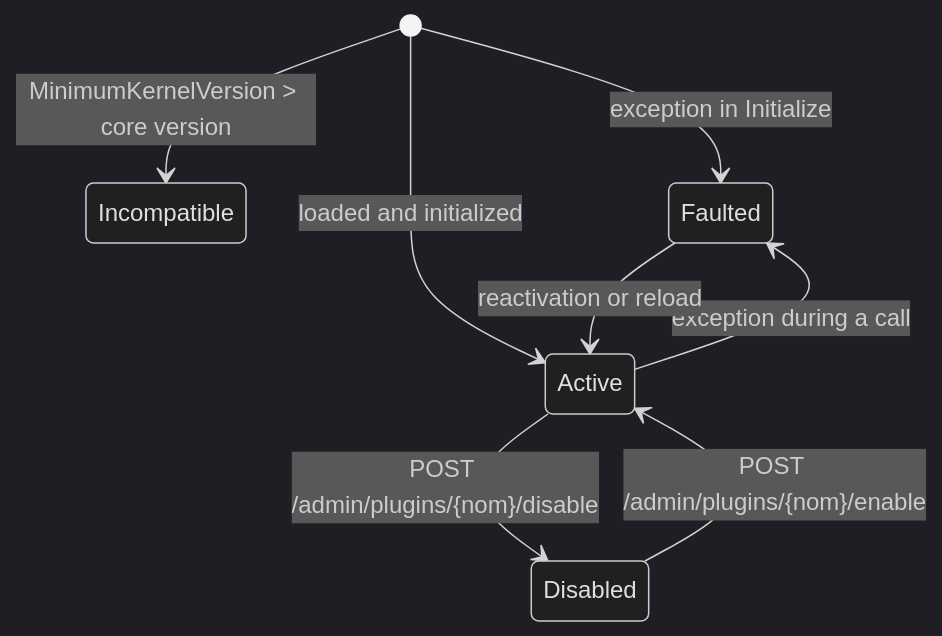
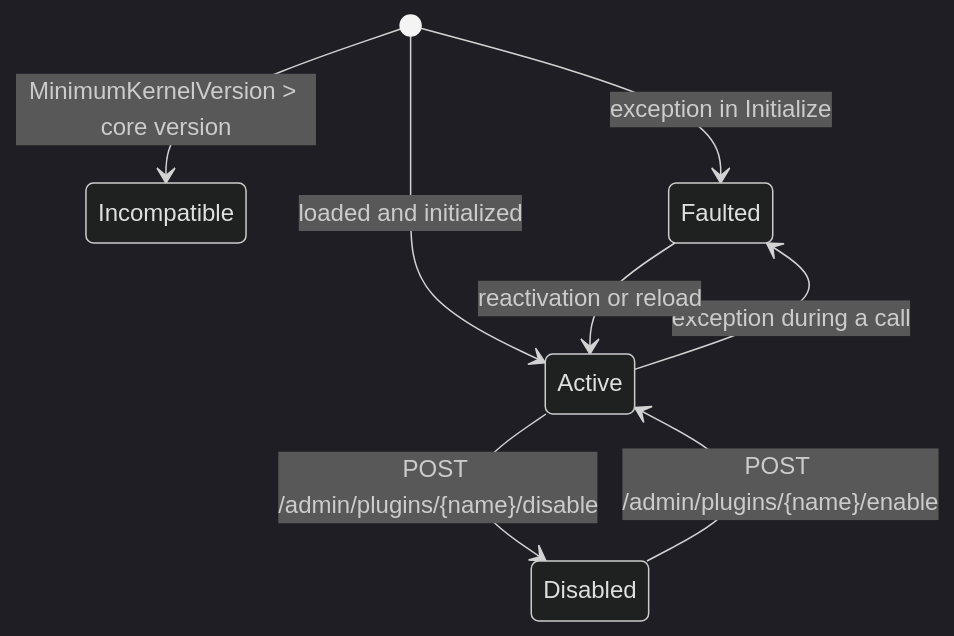
One commit to drangoht/ArchitecturesDemo changed the third of 5 diagrams in Docs/en/13-microkernel.md. Above: the diagram before and after it, drawn with Mermaid (dark theme). The commit also changed other lines of this file and 18 other files, not shown here.

````diff
--- a/Docs/en/13-microkernel.md
+++ b/Docs/en/13-microkernel.md
@@ -212,10 +212,10 @@
 ```mermaid
 stateDiagram-v2
     [*] --> Incompatible : MinimumKernelVersion > core version
     [*] --> Faulted : exception in Initialize
     [*] --> Active : loaded and initialized
-    Active --> Disabled : POST /admin/plugins/{nom}/disable
-    Disabled --> Active : POST /admin/plugins/{nom}/enable
+    Active --> Disabled : POST /admin/plugins/{name}/disable
+    Disabled --> Active : POST /admin/plugins/{name}/enable
     Active --> Faulted : exception during a call
     Faulted --> Active : reactivation or reload
 ```
````
